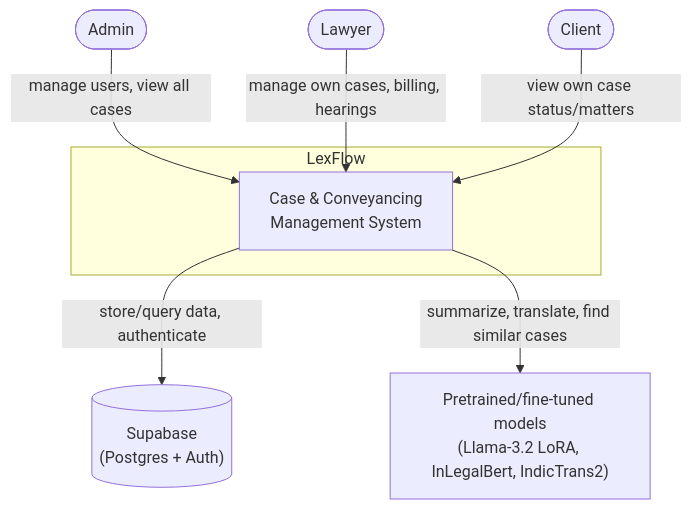
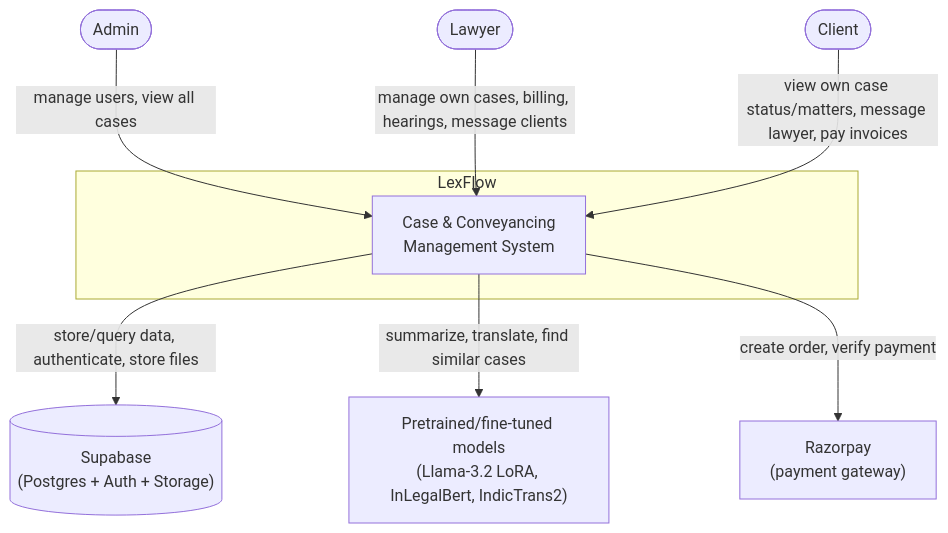
Before and after one commit to eyeofshreyas/BE-Project: the first of 5 diagrams in docs/HLD.md, drawn with Mermaid. The commit also changed other lines of this file and 3 other files, not shown here.

First line of the commit message:
docs: bring HLD/LLD/architecture docs up to date with messaging, Razorpay, case AI summary

````diff
--- a/docs/HLD.md
+++ b/docs/HLD.md
@@ -9,19 +9,21 @@
 ```mermaid
 graph TD
     Admin(["Admin"])
     Lawyer(["Lawyer"])
     Client(["Client"])
 
     subgraph LexFlow["LexFlow"]
         System["Case & Conveyancing\nManagement System"]
     end
 
-    Supabase[("Supabase\n(Postgres + Auth)")]
+    Supabase[("Supabase\n(Postgres + Auth + Storage)")]
     HF["Pretrained/fine-tuned models\n(Llama-3.2 LoRA, InLegalBert, IndicTrans2)"]
+    Razorpay["Razorpay\n(payment gateway)"]
 
     Admin -->|manage users, view all cases| System
-    Lawyer -->|manage own cases, billing, hearings| System
-    Client -->|view own case status/matters| System
-    System -->|store/query data, authenticate| Supabase
+    Lawyer -->|manage own cases, billing, hearings, message clients| System
+    Client -->|view own case status/matters, message lawyer, pay invoices| System
+    System -->|store/query data, authenticate, store files| Supabase
     System -->|summarize, translate, find similar cases| HF
+    System -->|create order, verify payment| Razorpay
 ```
````
